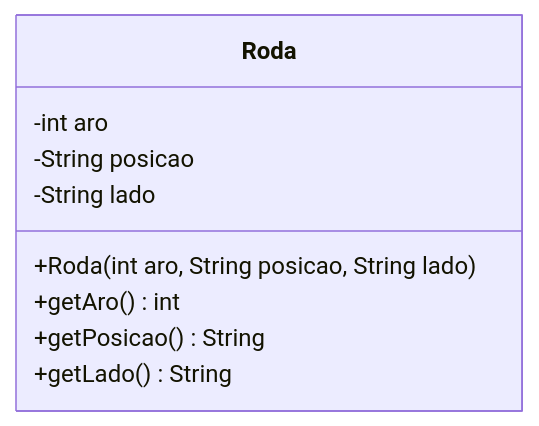
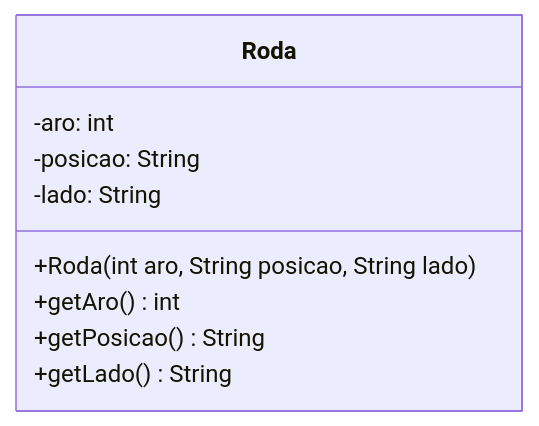
One commit to filipefernandesphd/DOO changed diagram 12 of 13 in 2026.2/aula-09/slides/slides.md. Above: the diagram before and after it, drawn with Mermaid. The commit also changed other lines of this file, not shown here.

Commit message:
fix: Update class attribute syntax for consistency in UML diagrams

````diff
--- a/2026.2/aula-09/slides/slides.md
+++ b/2026.2/aula-09/slides/slides.md
@@ -299,12 +299,12 @@
 ```mermaid
 classDiagram
   class Roda {
-    -int aro
-    -String posicao
-    -String lado
+    -aro: int
+    -posicao: String
+    -lado: String
     +Roda(int aro, String posicao, String lado)
     +getAro() int
     +getPosicao() String
     +getLado() String
   }
 ```
````
